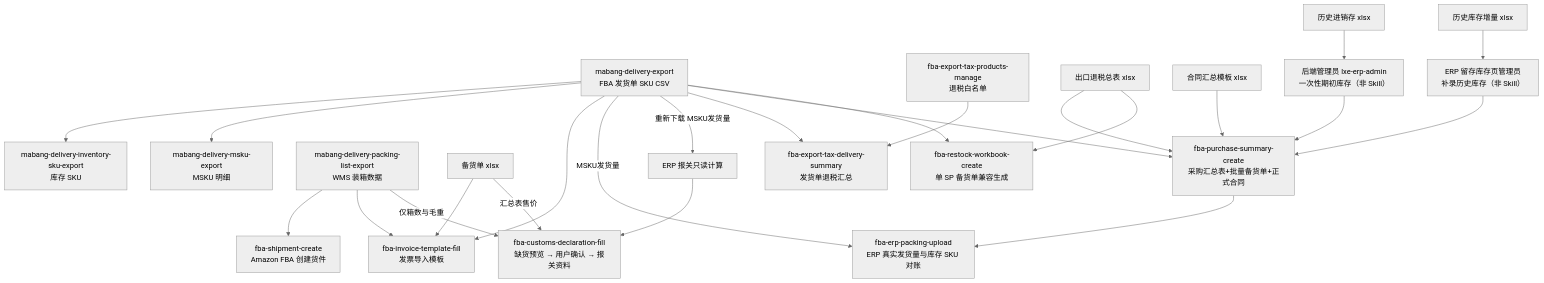
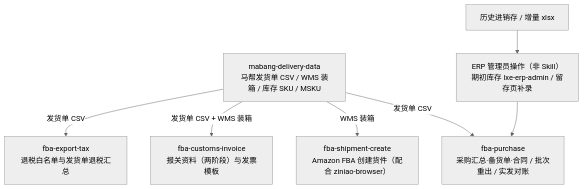
One commit to LXE123/LXE_AGENT changed the diagram in skills/fba-workflow-map/SKILL.md. Above: the diagram before and after it, drawn with Mermaid (neutral theme). The commit also changed other lines of this file and 29 other files, not shown here.

Commit message:
refactor(fba): consolidate amazon_fba skills into six domain entries

````diff
--- a/skills/fba-workflow-map/SKILL.md
+++ b/skills/fba-workflow-map/SKILL.md
@@ -27,28 +13,8 @@
 ```mermaid
 flowchart TD
-  A["mabang-delivery-export<br/>FBA 发货单 SKU CSV"] --> B["mabang-delivery-inventory-sku-export<br/>库存 SKU"]
-  A --> C["mabang-delivery-msku-export<br/>MSKU 明细"]
-  A --> D["fba-invoice-template-fill<br/>发票导入模板"]
-  A -->|MSKU发货量| R["fba-erp-packing-upload<br/>ERP 真实发货量与库存 SKU 对账"]
-
-  E["mabang-delivery-packing-list-export<br/>WMS 装箱数据"] --> F["fba-shipment-create<br/>Amazon FBA 创建货件"]
-  E --> D
-  L["备货单 xlsx"] --> D
-  A -->|重新下载 MSKU发货量| V["ERP 报关只读计算"]
-  V --> H["fba-customs-declaration-fill<br/>缺货预览 → 用户确认 → 报关资料"]
-  E -->|仅箱数与毛重| H
-  L -->|汇总表售价| H
-
-  A --> I["fba-export-tax-delivery-summary<br/>发货单退税汇总"]
-  J["fba-export-tax-products-manage<br/>退税白名单"] --> I
-  A --> M["fba-purchase-summary-create<br/>采购汇总表+批量备货单+正式合同"]
-  N["出口退税总表 xlsx"] --> M
-  Q["合同汇总模板 xlsx"] --> M
-  X["历史进销存 xlsx"] --> Y["后端管理员 lxe-erp-admin<br/>一次性期初库存（非 Skill）"]
-  Y --> M
-  Z["历史库存增量 xlsx"] --> W["ERP 留存库存页管理员<br/>补录历史库存（非 Skill）"]
-  W --> M
-  M --> R
-  A --> O["fba-restock-workbook-create<br/>单 SP 备货单兼容生成"]
-  N --> O
+  D["mabang-delivery-data<br/>马帮发货单 CSV / WMS 装箱 / 库存 SKU / MSKU"] -->|发货单 CSV| P["fba-purchase<br/>采购汇总·备货单·合同 / 批次重出 / 实发对账"]
+  D -->|WMS 装箱| S["fba-shipment-create<br/>Amazon FBA 创建货件（配合 ziniao-browser）"]
+  D -->|发货单 CSV + WMS 装箱| C["fba-customs-invoice<br/>报关资料（两阶段）与发票模板"]
+  D -->|发货单 CSV| T["fba-export-tax<br/>退税白名单与发货单退税汇总"]
+  X["历史进销存 / 增量 xlsx"] --> Y["ERP 管理员操作（非 Skill）<br/>期初库存 lxe-erp-admin / 留存页补录"] --> P
 ```
````
